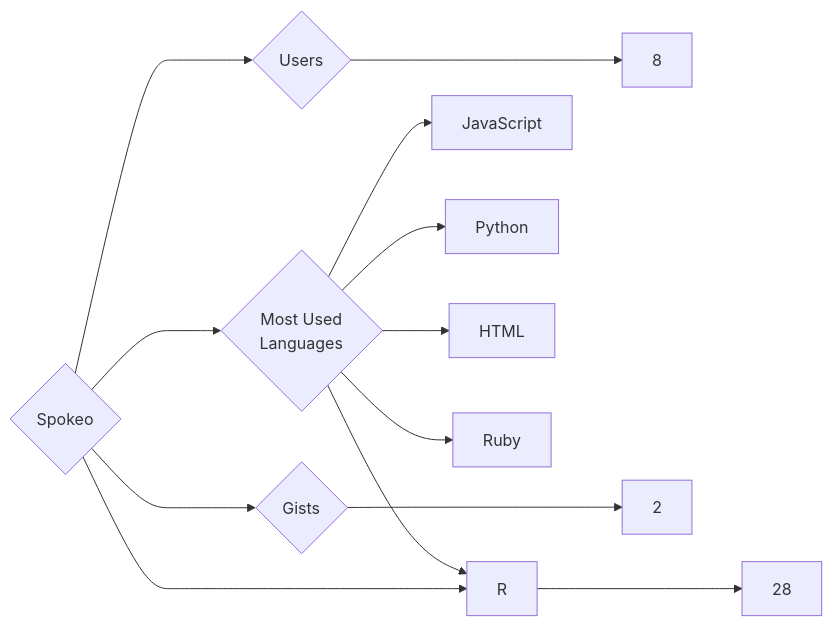
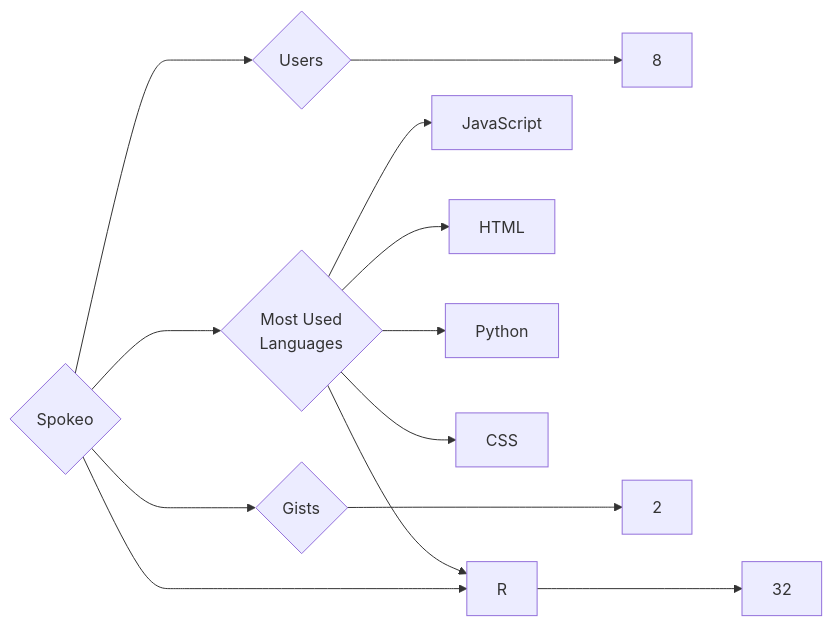
One commit to trickest/insiders changed the diagram in targets/Spokeo/README.md. Above: the diagram before and after it, drawn with Mermaid. The commit also changed 851 other files, not shown here.

````diff
--- a/targets/Spokeo/README.md
+++ b/targets/Spokeo/README.md
@@ -3,13 +3,13 @@
 ```mermaid
 graph LR
 COMPANY_NAME{Spokeo}
 COMPANY_NAME ---> U{Users} ---> UN[8]
-COMPANY_NAME ---> R{Repositories} ---> RN[28]
+COMPANY_NAME ---> R{Repositories} ---> RN[32]
 COMPANY_NAME ---> G{Gists} ---> GN[2]
 COMPANY_NAME ---> ML{Most Used<br>Languages}
 ML --> JavaScript[JavaScript]
+ML --> HTML[HTML]
 ML --> Python[Python]
-ML --> HTML[HTML]
 ML --> R[R]
-ML --> Ruby[Ruby]
+ML --> CSS[CSS]
 ```
````
